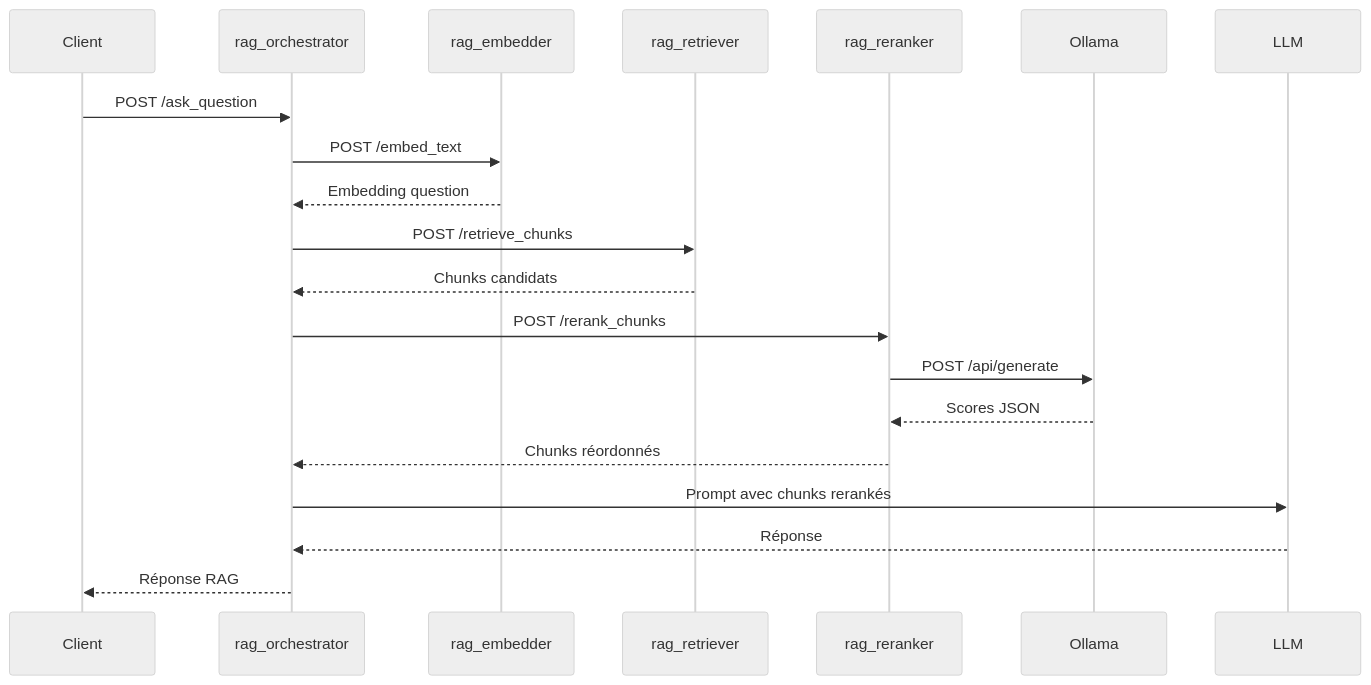
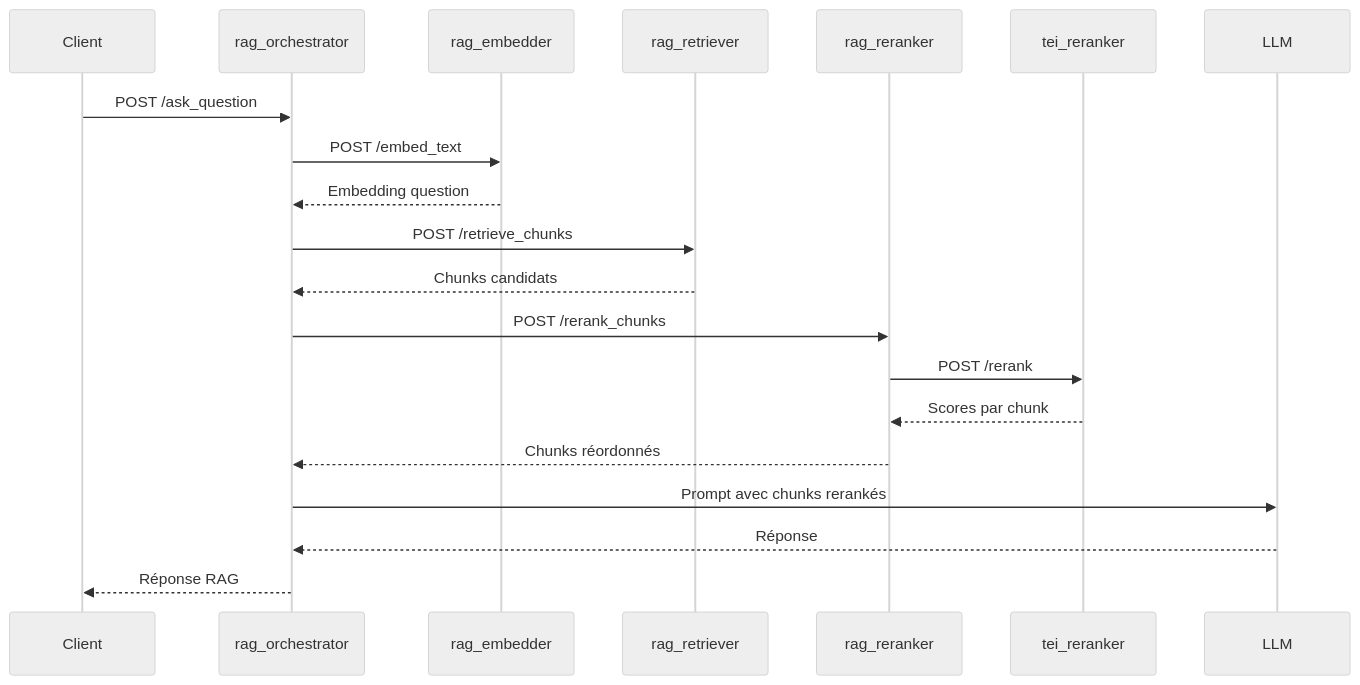
One commit to TanguyRaguenes/RAG changed the second of 2 diagrams in rag_reranker/docs/index.md. Above: the diagram before and after it, drawn with Mermaid (neutral theme). The commit also changed other lines of this file and 21 other files, not shown here.

````diff
--- a/rag_reranker/docs/index.md
+++ b/rag_reranker/docs/index.md
@@ -190,23 +190,23 @@
 ```mermaid
 sequenceDiagram
     participant Client
     participant Orchestrator as rag_orchestrator
     participant Embedder as rag_embedder
     participant Retriever as rag_retriever
     participant Reranker as rag_reranker
-    participant Ollama
+    participant TEI as tei_reranker
     participant LLM
 
     Client->>Orchestrator: POST /ask_question
     Orchestrator->>Embedder: POST /embed_text
     Embedder-->>Orchestrator: Embedding question
     Orchestrator->>Retriever: POST /retrieve_chunks
     Retriever-->>Orchestrator: Chunks candidats
     Orchestrator->>Reranker: POST /rerank_chunks
-    Reranker->>Ollama: POST /api/generate
-    Ollama-->>Reranker: Scores JSON
+    Reranker->>TEI: POST /rerank
+    TEI-->>Reranker: Scores par chunk
     Reranker-->>Orchestrator: Chunks réordonnés
     Orchestrator->>LLM: Prompt avec chunks rerankés
     LLM-->>Orchestrator: Réponse
     Orchestrator-->>Client: Réponse RAG
 ```
````
